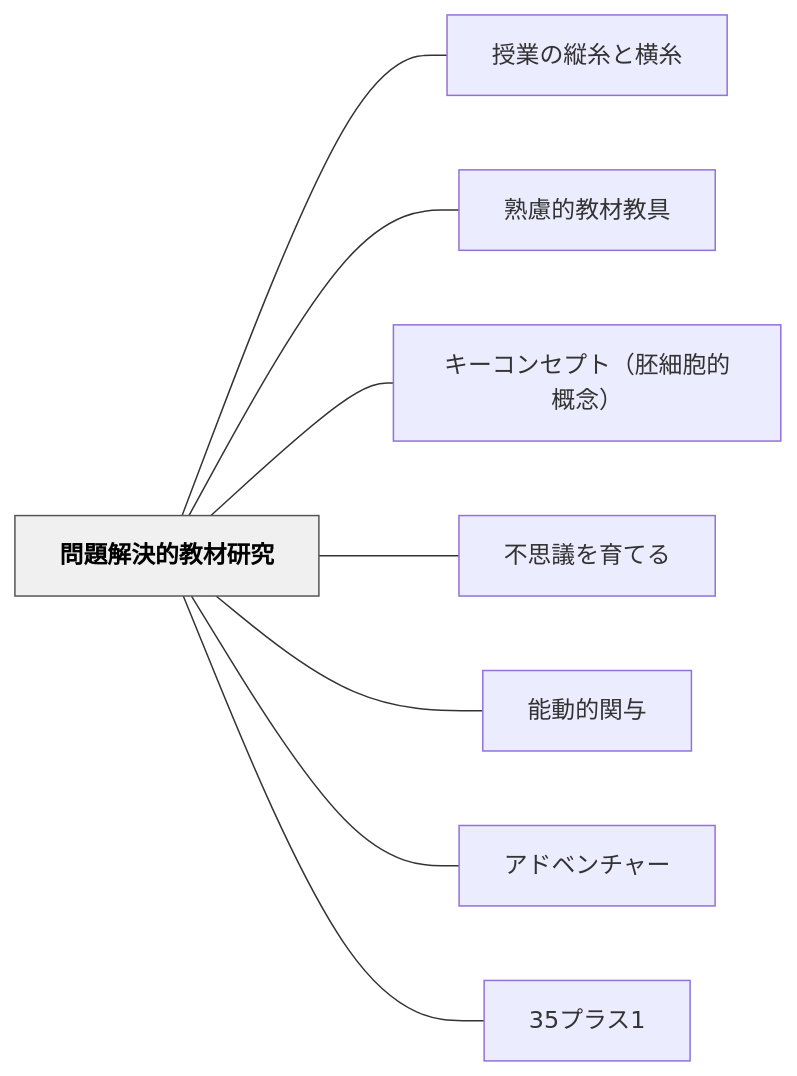
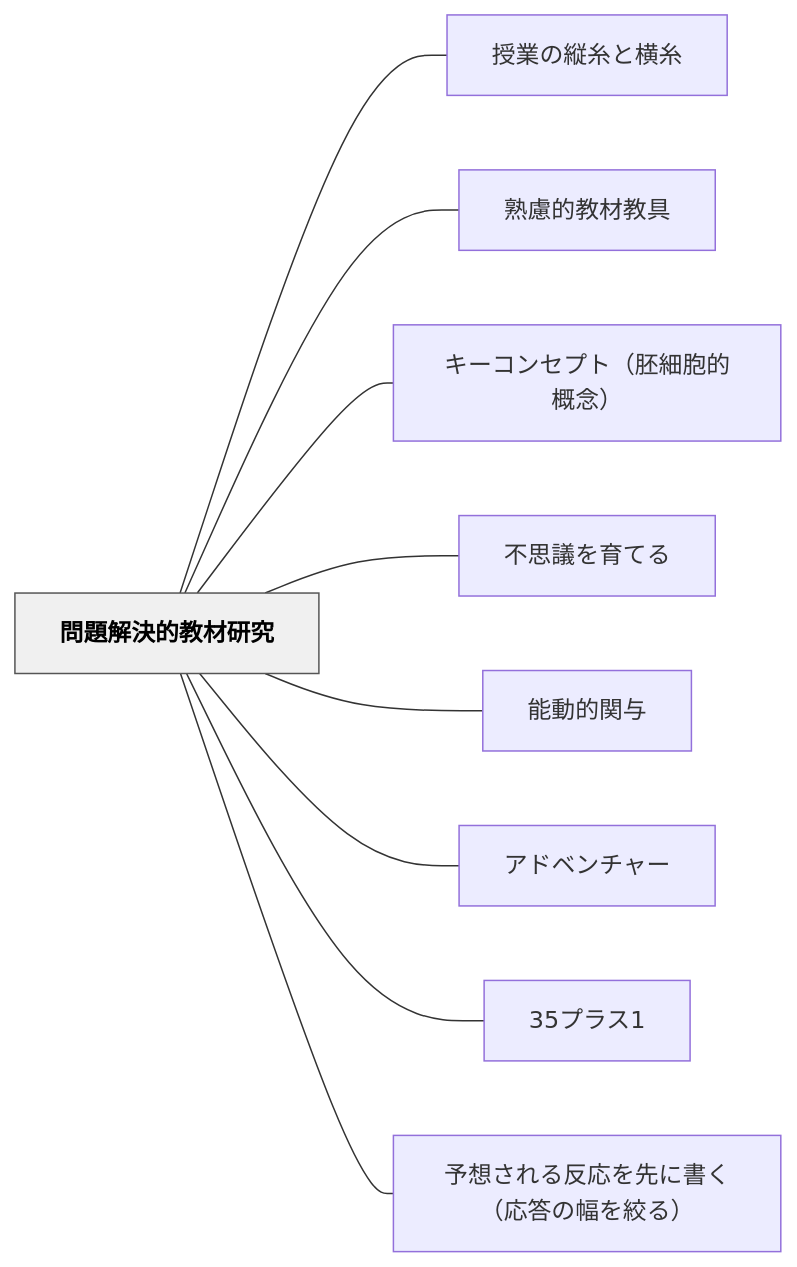
The diagram in content/パタン/問題解決的教材研究.md (unknownthings-ed-patterns/unknownthings-ed-patterns), drawn with Mermaid before and after one commit. The commit also changed other lines of this file and 84 other files, not shown here.

````diff
--- a/content/パタン/問題解決的教材研究.md
+++ b/content/パタン/問題解決的教材研究.md
@@ -126,22 +128,24 @@
 ```mermaid
 flowchart LR
     ne5958fe9a18ce8a7a3e6b1bae79a84e69599e69d90e7a094e7a9b6["問題解決的教材研究"]
     ne68e88e6a5ade381aee7b8a6e7b3b8e381a8e6a8aae7b3b8["授業の縦糸と横糸"]
     ne7869fe685aee79a84e69599e69d90e69599e585b7["熟慮的教材教具"]
     ne382ade383bce382b3e383b3e382bbe38397e38388efbc88e8839ae7b4b0e8839ee79a84e6a682e5bfb5efbc89["キーコンセプト（胚細胞的概念）"]
     ne4b88de6809de8adb0e38292e882b2e381a6e3828b["不思議を育てる"]
     ne883bde58b95e79a84e996a2e4b88e["能動的関与"]
     ne382a2e38389e38399e383b3e38381e383a3e383bc["アドベンチャー"]
     n3335e38397e383a9e382b931["35プラス1"]
+    ne4ba88e683b3e38195e3828ce3828be58f8de5bf9ce38292e58588e381abe69bb8e3818fefbc88e5bf9ce7ad94e381aee5b985e38292e7b59ee3828befbc89["予想される反応を先に書く（応答の幅を絞る）"]
 
     ne5958fe9a18ce8a7a3e6b1bae79a84e69599e69d90e7a094e7a9b6 --- ne68e88e6a5ade381aee7b8a6e7b3b8e381a8e6a8aae7b3b8
     ne5958fe9a18ce8a7a3e6b1bae79a84e69599e69d90e7a094e7a9b6 --- ne7869fe685aee79a84e69599e69d90e69599e585b7
     ne5958fe9a18ce8a7a3e6b1bae79a84e69599e69d90e7a094e7a9b6 --- ne382ade383bce382b3e383b3e382bbe38397e38388efbc88e8839ae7b4b0e8839ee79a84e6a682e5bfb5efbc89
     ne5958fe9a18ce8a7a3e6b1bae79a84e69599e69d90e7a094e7a9b6 --- ne4b88de6809de8adb0e38292e882b2e381a6e3828b
     ne5958fe9a18ce8a7a3e6b1bae79a84e69599e69d90e7a094e7a9b6 --- ne883bde58b95e79a84e996a2e4b88e
     ne5958fe9a18ce8a7a3e6b1bae79a84e69599e69d90e7a094e7a9b6 --- ne382a2e38389e38399e383b3e38381e383a3e383bc
     ne5958fe9a18ce8a7a3e6b1bae79a84e69599e69d90e7a094e7a9b6 --- n3335e38397e383a9e382b931
+    ne5958fe9a18ce8a7a3e6b1bae79a84e69599e69d90e7a094e7a9b6 --- ne4ba88e683b3e38195e3828ce3828be58f8de5bf9ce38292e58588e381abe69bb8e3818fefbc88e5bf9ce7ad94e381aee5b985e38292e7b59ee3828befbc89
 
     classDef hub fill:#f0f0f0,stroke:#555,color:#000,font-weight:bold
     class ne5958fe9a18ce8a7a3e6b1bae79a84e69599e69d90e7a094e7a9b6 hub
 ```
````
